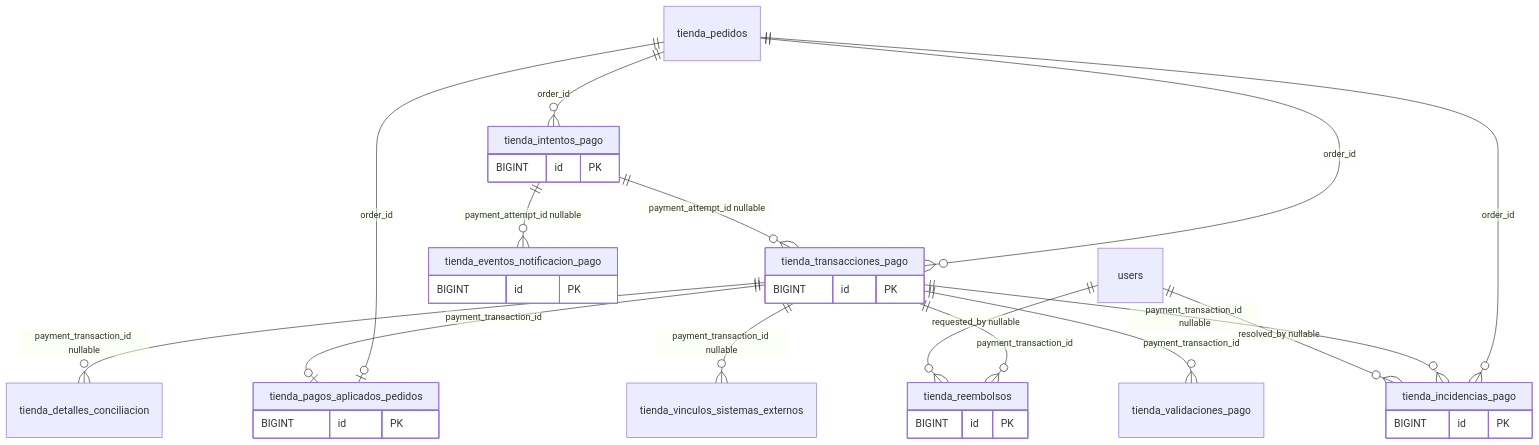
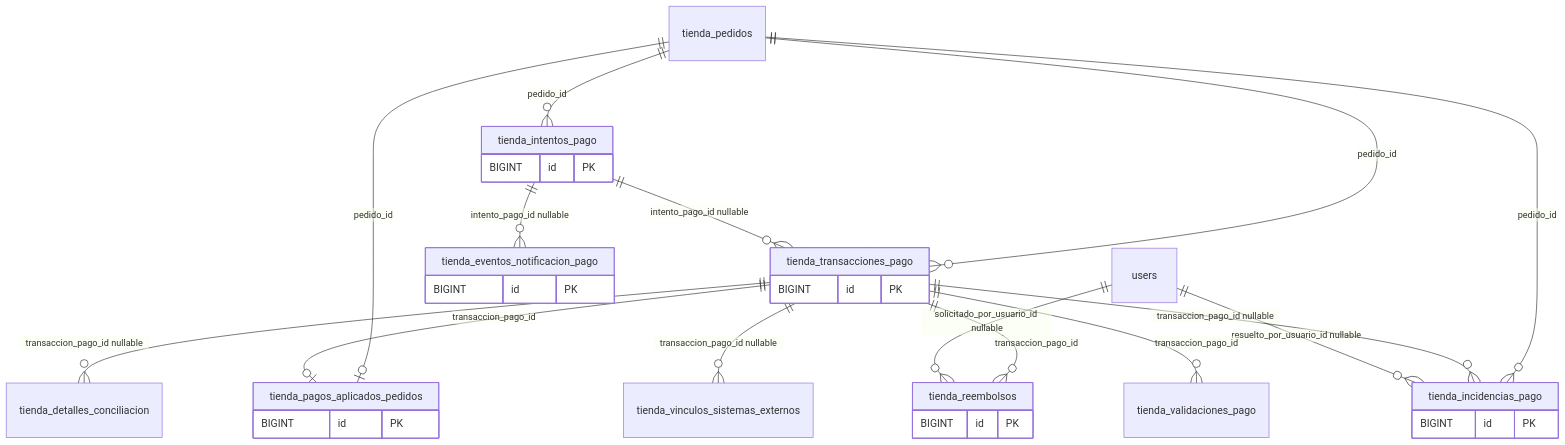
One commit to JIMMY1012102/UNDC-Pagos-Posgrado changed the diagram in docs/modelo-datos/05_PAGOS.md. Above: the diagram before and after it, drawn with Mermaid. The commit also changed 23 other files, not shown here.

````diff
--- a/docs/modelo-datos/05_PAGOS.md
+++ b/docs/modelo-datos/05_PAGOS.md
@@ -5,35 +5,35 @@
 ```mermaid
 erDiagram
   tienda_intentos_pago {
     BIGINT id PK
   }
   tienda_transacciones_pago {
     BIGINT id PK
   }
   tienda_pagos_aplicados_pedidos {
     BIGINT id PK
   }
   tienda_eventos_notificacion_pago {
     BIGINT id PK
   }
   tienda_incidencias_pago {
     BIGINT id PK
   }
   tienda_reembolsos {
     BIGINT id PK
   }
-  tienda_pedidos ||--o{ tienda_intentos_pago : "order_id"
-  tienda_pedidos ||--o{ tienda_transacciones_pago : "order_id"
-  tienda_intentos_pago ||--o{ tienda_transacciones_pago : "payment_attempt_id nullable"
-  tienda_pedidos ||--o| tienda_pagos_aplicados_pedidos : "order_id"
-  tienda_transacciones_pago ||--o| tienda_pagos_aplicados_pedidos : "payment_transaction_id"
-  tienda_intentos_pago ||--o{ tienda_eventos_notificacion_pago : "payment_attempt_id nullable"
-  tienda_pedidos ||--o{ tienda_incidencias_pago : "order_id"
-  tienda_transacciones_pago ||--o{ tienda_incidencias_pago : "payment_transaction_id nullable"
-  users ||--o{ tienda_incidencias_pago : "resolved_by nullable"
-  tienda_transacciones_pago ||--o{ tienda_reembolsos : "payment_transaction_id"
-  users ||--o{ tienda_reembolsos : "requested_by nullable"
-  tienda_transacciones_pago ||--o{ tienda_detalles_conciliacion : "payment_transaction_id nullable"
-  tienda_transacciones_pago ||--o{ tienda_vinculos_sistemas_externos : "payment_transaction_id nullable"
-  tienda_transacciones_pago ||--o{ tienda_validaciones_pago : "payment_transaction_id"
+  tienda_pedidos ||--o{ tienda_intentos_pago : "pedido_id"
+  tienda_pedidos ||--o{ tienda_transacciones_pago : "pedido_id"
+  tienda_intentos_pago ||--o{ tienda_transacciones_pago : "intento_pago_id nullable"
+  tienda_pedidos ||--o| tienda_pagos_aplicados_pedidos : "pedido_id"
+  tienda_transacciones_pago ||--o| tienda_pagos_aplicados_pedidos : "transaccion_pago_id"
+  tienda_intentos_pago ||--o{ tienda_eventos_notificacion_pago : "intento_pago_id nullable"
+  tienda_pedidos ||--o{ tienda_incidencias_pago : "pedido_id"
+  tienda_transacciones_pago ||--o{ tienda_incidencias_pago : "transaccion_pago_id nullable"
+  users ||--o{ tienda_incidencias_pago : "resuelto_por_usuario_id nullable"
+  tienda_transacciones_pago ||--o{ tienda_reembolsos : "transaccion_pago_id"
+  users ||--o{ tienda_reembolsos : "solicitado_por_usuario_id nullable"
+  tienda_transacciones_pago ||--o{ tienda_detalles_conciliacion : "transaccion_pago_id nullable"
+  tienda_transacciones_pago ||--o{ tienda_vinculos_sistemas_externos : "transaccion_pago_id nullable"
+  tienda_transacciones_pago ||--o{ tienda_validaciones_pago : "transaccion_pago_id"
 ```
````
